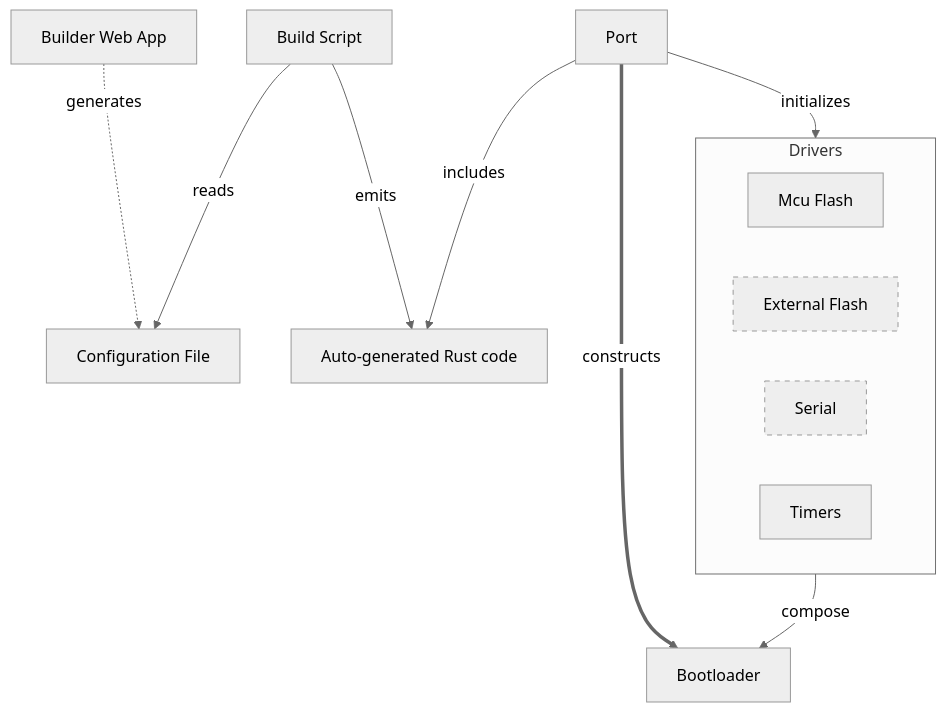
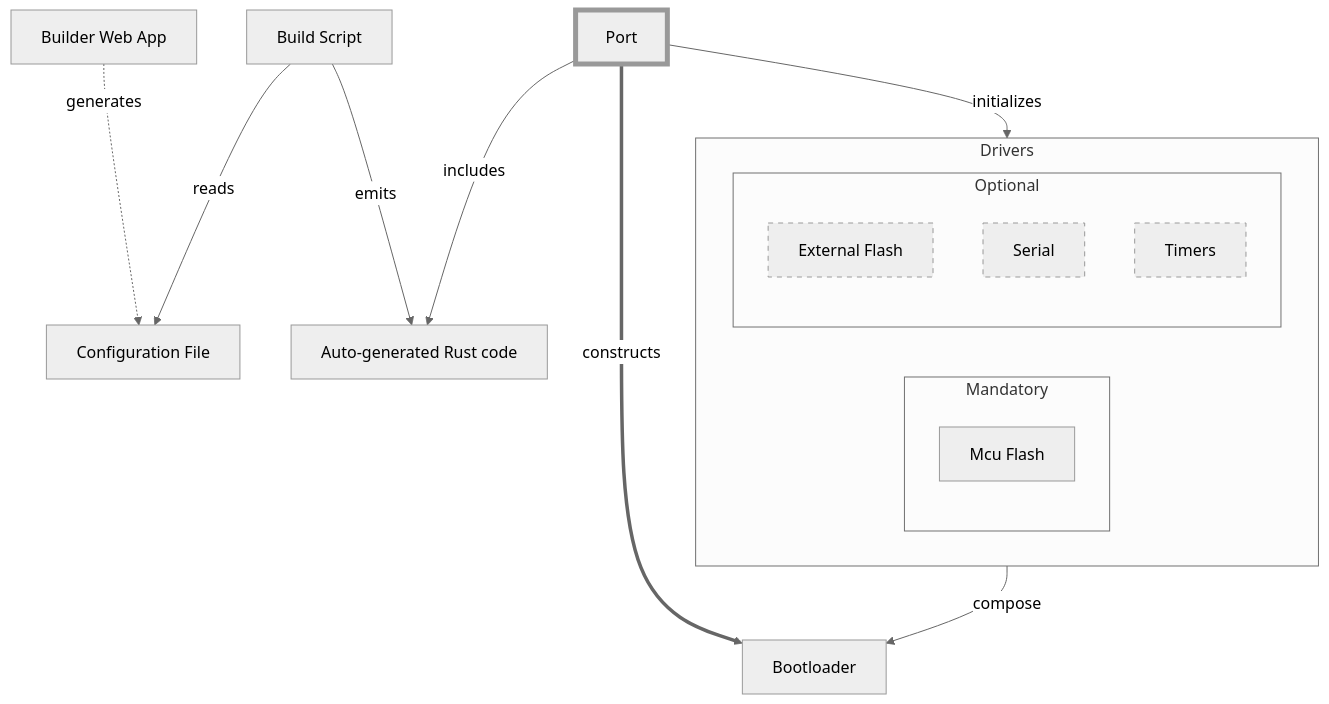
One commit to absw/loadstone changed the third of 4 diagrams in documentation/design.md. Above: the diagram before and after it, drawn with Mermaid (neutral theme). The commit also changed other lines of this file, not shown here.

````diff
--- a/documentation/design.md
+++ b/documentation/design.md
@@ -49,22 +51,26 @@
 ```mermaid
-flowchart TB
+flowchart
    App[Builder Web App]-.generates.->Config
    Config[Configuration File]
    Script[Build Script]--reads-->Config
    Script--emits-->Autogenerated[Auto-generated Rust code]
 
+   style Port stroke-width:5px
    Port--includes-->Autogenerated
    Port--initializes-->Drivers
    subgraph Drivers
-      direction LR
-      Mcu[Mcu Flash]
-      External[External Flash]
-      Serial
-      Timers
-      style External stroke-dasharray: 5 5
-      style Serial stroke-dasharray: 5 5
+      subgraph Mandatory
+         Mcu[Mcu Flash]
+      end
+      subgraph Optional
+         External[External Flash]
+         Serial
+         Timers
+         style External stroke-dasharray: 5 5
+         style Serial stroke-dasharray: 5 5
+         style Timers stroke-dasharray: 5 5
+      end
    end
    Port==constructs==>Bootloader
    Drivers--compose-->Bootloader
-
 ```
````
